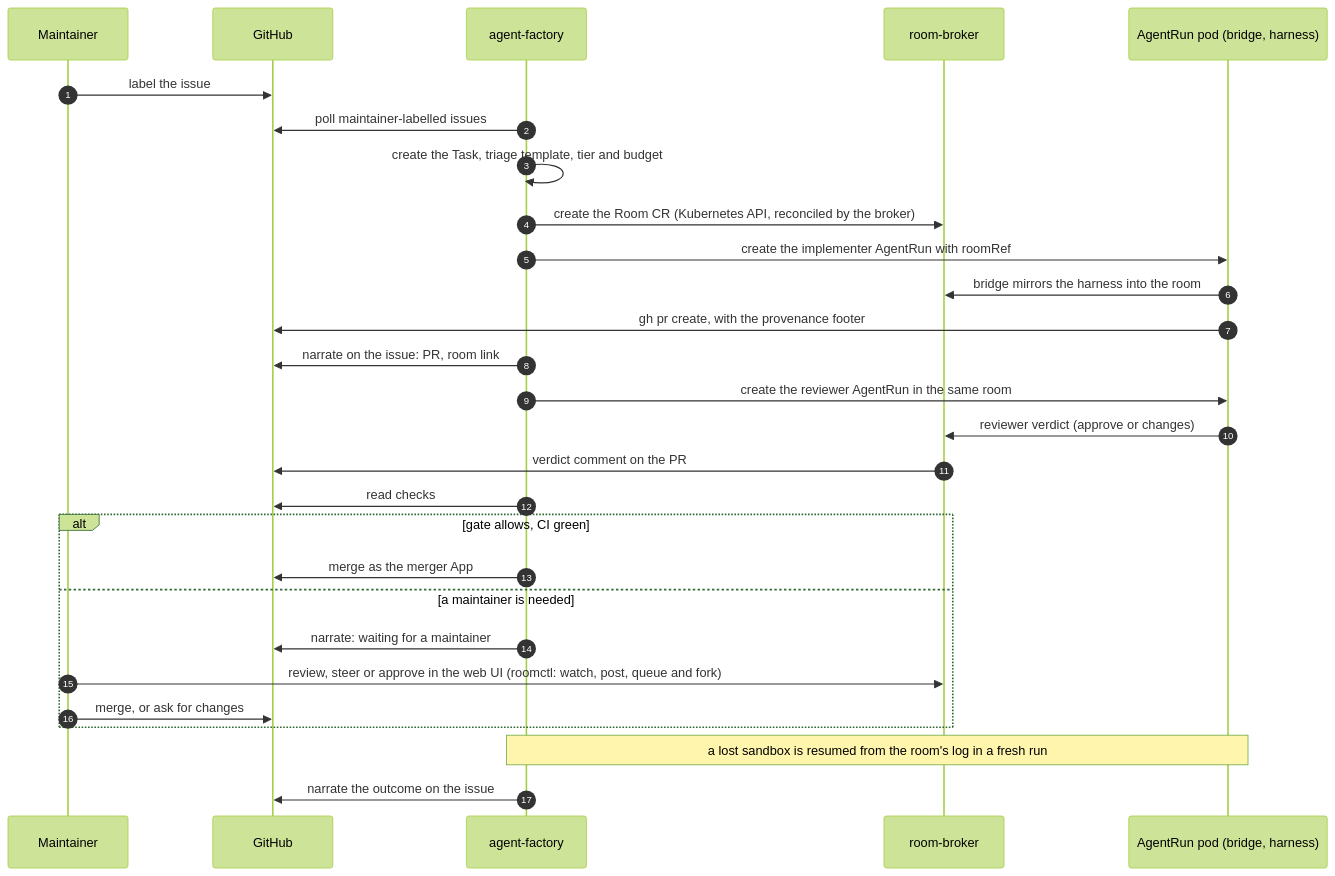
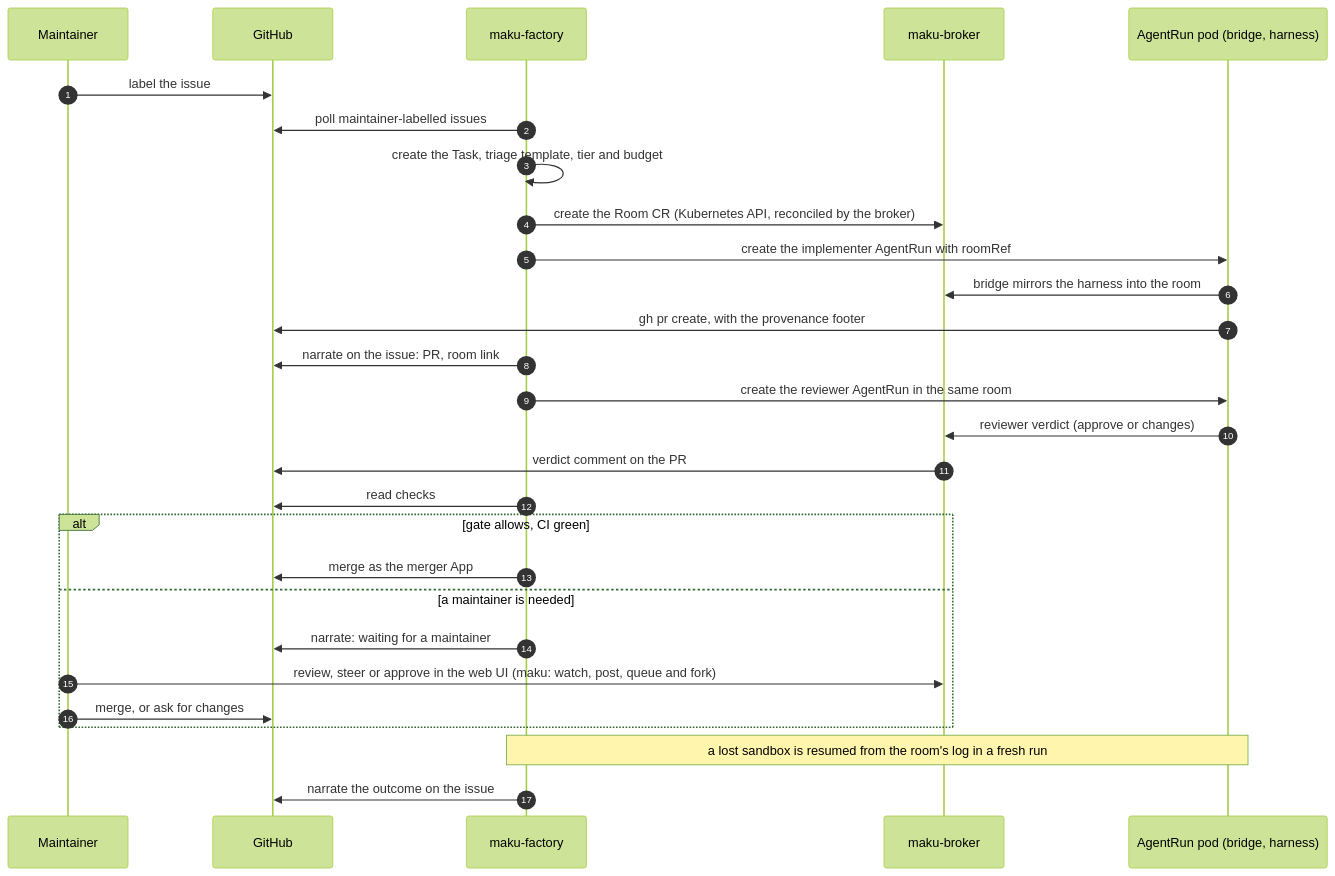
One commit to Smana/agent-platform changed the second of 3 diagrams in docs/architecture.md. Above: the diagram before and after it, drawn with Mermaid (forest theme). The commit also changed other lines of this file and 26 other files, not shown here.

````diff
--- a/docs/architecture.md
+++ b/docs/architecture.md
@@ -79,31 +79,31 @@
 ```mermaid
 sequenceDiagram
   autonumber
   participant M as Maintainer
   participant GH as GitHub
-  participant F as agent-factory
-  participant BR as room-broker
+  participant F as maku-factory
+  participant BR as maku-broker
   participant P as AgentRun pod (bridge, harness)
 
   M->>GH: label the issue
   F->>GH: poll maintainer-labelled issues
   F->>F: create the Task, triage template, tier and budget
   F->>BR: create the Room CR (Kubernetes API, reconciled by the broker)
   F->>P: create the implementer AgentRun with roomRef
   P->>BR: bridge mirrors the harness into the room
   P->>GH: gh pr create, with the provenance footer
   F->>GH: narrate on the issue: PR, room link
   F->>P: create the reviewer AgentRun in the same room
   P->>BR: reviewer verdict (approve or changes)
   BR->>GH: verdict comment on the PR
   F->>GH: read checks
   alt gate allows, CI green
     F->>GH: merge as the merger App
   else a maintainer is needed
     F->>GH: narrate: waiting for a maintainer
-    M->>BR: review, steer or approve in the web UI (roomctl: watch, post, queue and fork)
+    M->>BR: review, steer or approve in the web UI (maku: watch, post, queue and fork)
     M->>GH: merge, or ask for changes
   end
   Note over F,P: a lost sandbox is resumed from the room's log in a fresh run
   F->>GH: narrate the outcome on the issue
 ```
````
